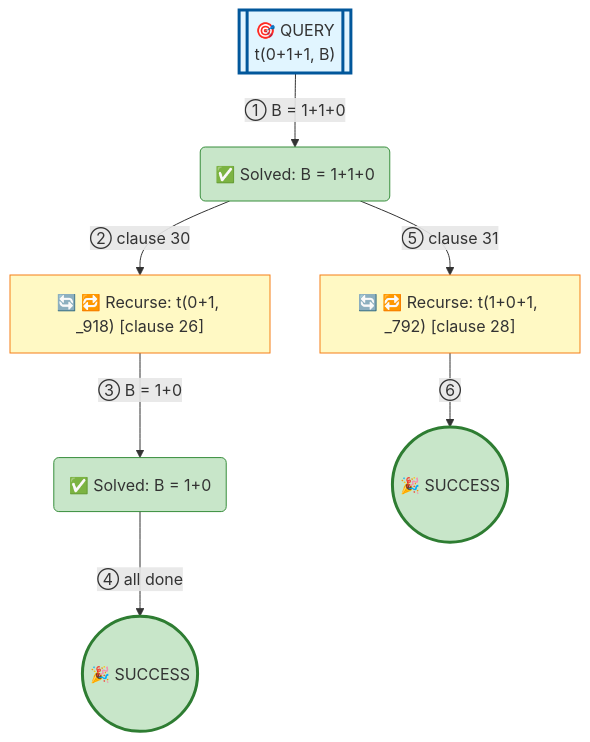
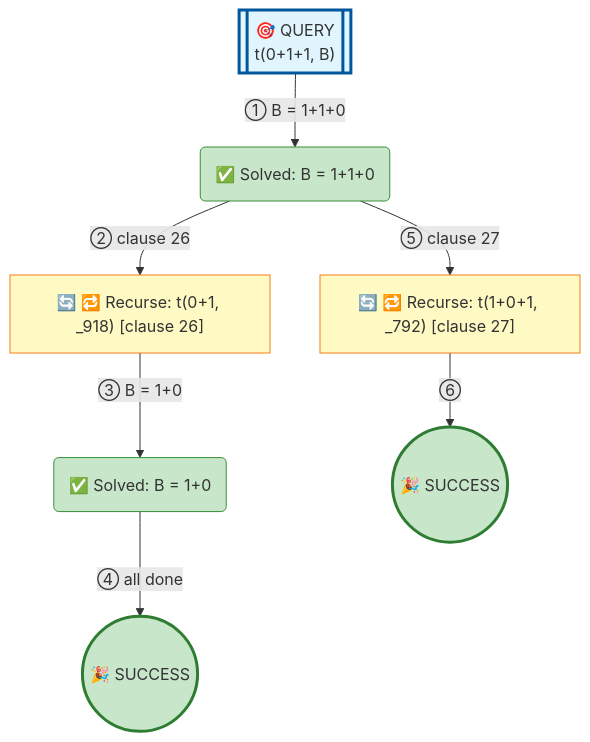
One commit to jarecsni/prolog-trace-viz changed the diagram in examples/3_3_operators-standard.md. Above: the diagram before and after it, drawn with Mermaid. The commit also changed 24 other files, not shown here.

````diff
--- a/examples/3_3_operators-standard.md
+++ b/examples/3_3_operators-standard.md
@@ -19,29 +19,29 @@
 ```mermaid
 graph TD
 
 %% Nodes
 A[["🎯 QUERY<br/>t(0+1+1, B)"]]
 B("✅ Solved: B = 1+1+0")
 C["🔄 🔁 Recurse: t(0+1, _918) [clause 26]"]
 D("✅ Solved: B = 1+0")
 E(("🎉 SUCCESS"))
-F["🔄 🔁 Recurse: t(1+0+1, _792) [clause 28]"]
+F["🔄 🔁 Recurse: t(1+0+1, _792) [clause 27]"]
 G(("🎉 SUCCESS"))
 
 %% Edges
 A -->|"① B = 1+1+0"| B
-B -->|"② clause 30"| C
+B -->|"② clause 26"| C
 C -->|"③ B = 1+0"| D
 D -->|"④ all done"| E
-B -->|"⑤ clause 31"| F
+B -->|"⑤ clause 27"| F
 F -->|"⑥"| G
 
 %% Styles
 style A fill:#e1f5ff,stroke:#01579b,stroke-width:3px
 style B fill:#c8e6c9,stroke:#388e3c
 style C fill:#fff9c4,stroke:#f57f17
 style D fill:#c8e6c9,stroke:#388e3c
 style E fill:#c8e6c9,stroke:#2e7d32,stroke-width:3px
 style F fill:#fff9c4,stroke:#f57f17
 style G fill:#c8e6c9,stroke:#2e7d32,stroke-width:3px
 ```
````
